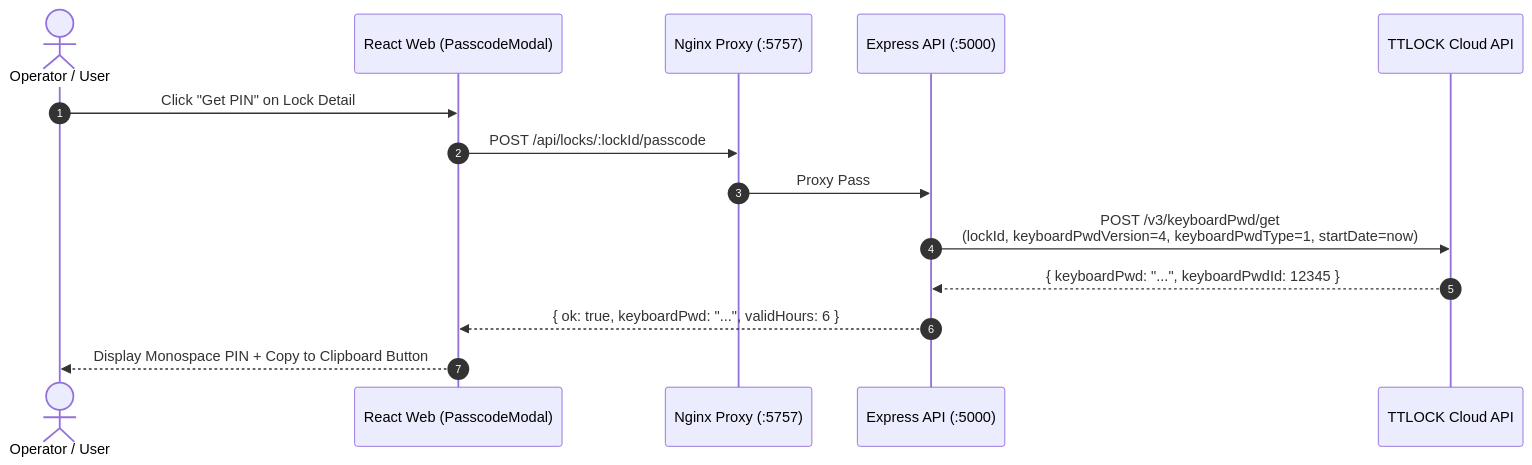
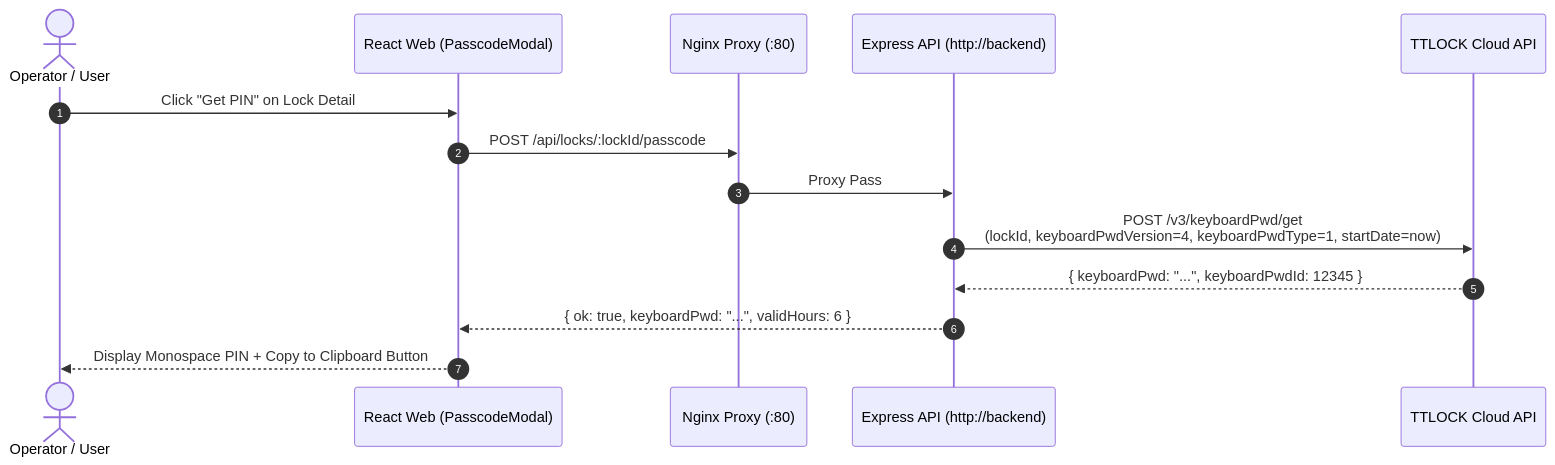
One commit to helmipradita/ttlock-dashboard changed the second of 11 diagrams in docs/ARCHITECTURE.md. Above: the diagram before and after it, drawn with Mermaid. The commit also changed other lines of this file and 22 other files, not shown here.

Commit message:
refactor: standardize container monorepo architecture and simplify compose networking

````diff
--- a/docs/ARCHITECTURE.md
+++ b/docs/ARCHITECTURE.md
@@ -58,17 +58,17 @@
 ```mermaid
 sequenceDiagram
     autonumber
     actor User as Operator / User
     participant Web as React Web (PasscodeModal)
-    participant Nginx as Nginx Proxy (:5757)
-    participant Backend as Express API (:5000)
+    participant Nginx as Nginx Proxy (:80)
+    participant Backend as Express API (http://backend)
     participant TTLock as TTLOCK Cloud API
 
     User->>Web: Click "Get PIN" on Lock Detail
     Web->>Nginx: POST /api/locks/:lockId/passcode
     Nginx->>Backend: Proxy Pass
     Backend->>TTLock: POST /v3/keyboardPwd/get<br/>(lockId, keyboardPwdVersion=4, keyboardPwdType=1, startDate=now)
     TTLock-->>Backend: { keyboardPwd: "...", keyboardPwdId: 12345 }
     Backend-->>Web: { ok: true, keyboardPwd: "...", validHours: 6 }
     Web-->>User: Display Monospace PIN + Copy to Clipboard Button
 ```
````
